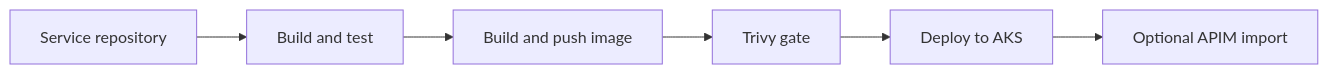
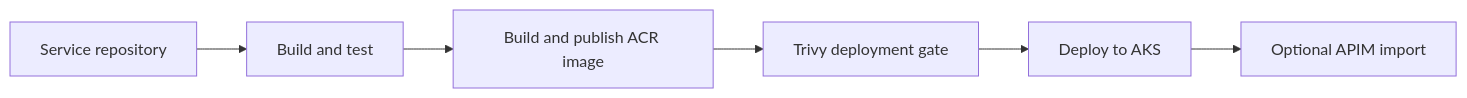
The diagram in README.md (ahmed-el-mahdy/github-actions-reusable-workflows), drawn with Mermaid before and after one commit. The commit also changed other lines of this file, not shown here.

Commit message:
docs: verify project scope, architecture and review gates [skip ci]

````diff
--- a/README.md
+++ b/README.md
@@ -21,8 +21,8 @@
 ```mermaid
 flowchart LR
     CALLER[Service repository] --> BUILD[Build and test]
-    BUILD --> IMAGE[Build and push image]
-    IMAGE --> SCAN[Trivy gate]
+    BUILD --> IMAGE[Build and publish ACR image]
+    IMAGE --> SCAN[Trivy deployment gate]
     SCAN --> AKS[Deploy to AKS]
     AKS --> APIM[Optional APIM import]
 ```
````
